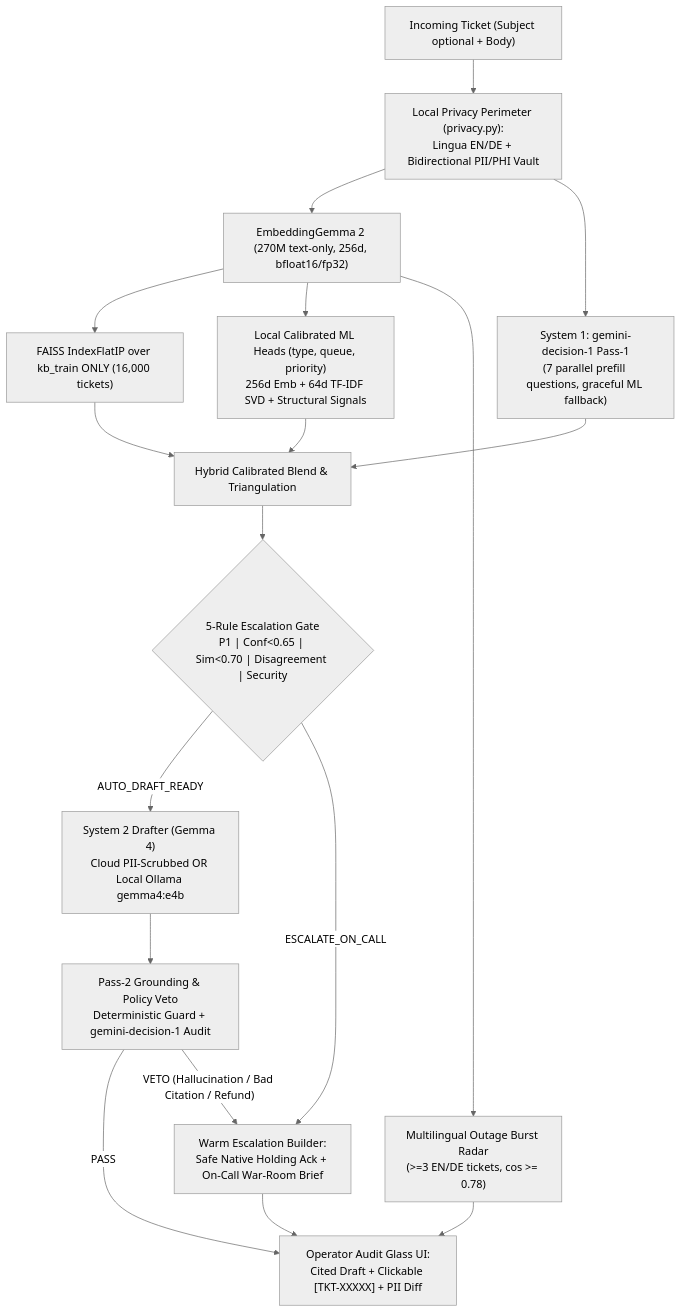
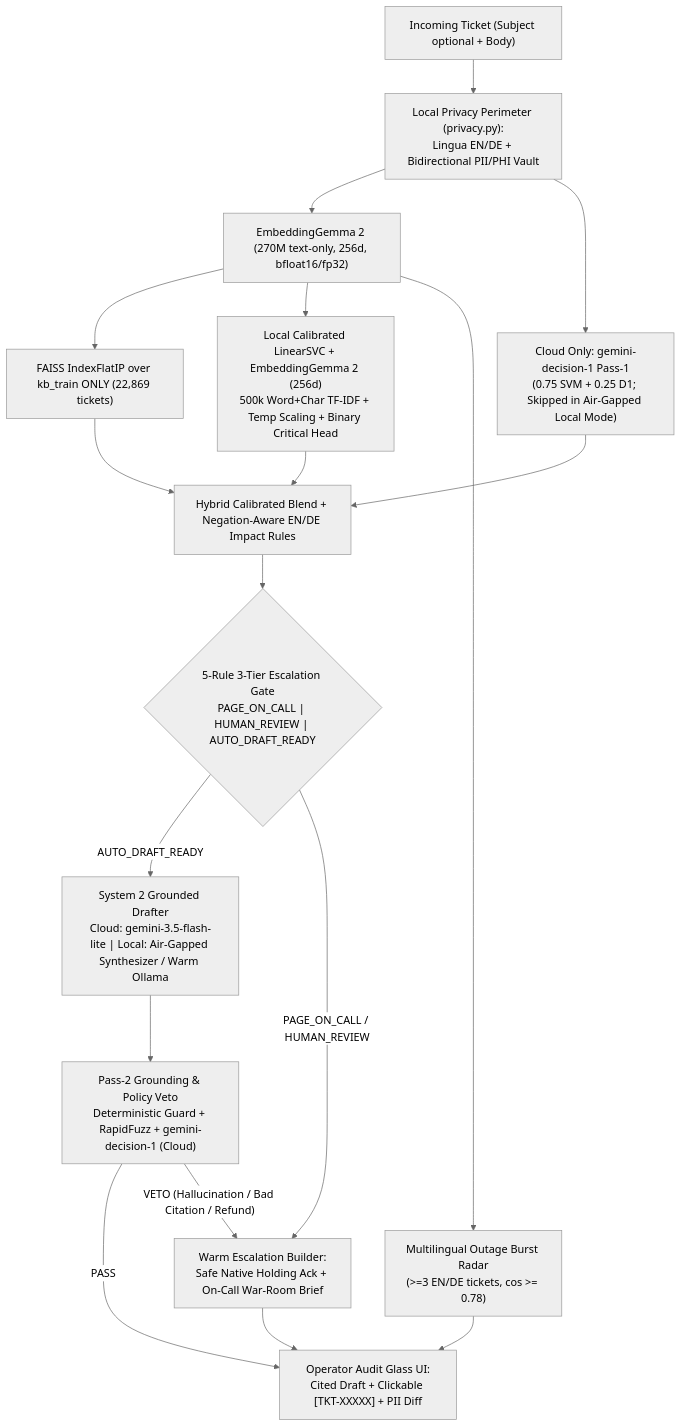
The diagram in docs/02_KANO_AND_PRD.md (Fredess74/sentineldesk-helios-ops), drawn with Mermaid (neutral theme) before and after one commit. The commit also changed other lines of this file and 30 other files, not shown here.

Commit message:
v3: Simplify & boost triage (Calibrated LinearSVC + EmbeddingGemma 2), strict Air-Gapped vs Cloud isolation, 3-tier routing & business story

````diff
--- a/docs/02_KANO_AND_PRD.md
+++ b/docs/02_KANO_AND_PRD.md
@@ -32,20 +32,20 @@
 ```mermaid
 flowchart TD
     A["Incoming Ticket (Subject optional + Body)"] --> B["Local Privacy Perimeter (privacy.py):<br/>Lingua EN/DE + Bidirectional PII/PHI Vault"]
     B --> C["EmbeddingGemma 2 (270M text-only, 256d, bfloat16/fp32)"]
-    C --> D["FAISS IndexFlatIP over kb_train ONLY (16,000 tickets)"]
-    C --> E["Local Calibrated ML Heads (type, queue, priority)<br/>256d Emb + 64d TF-IDF SVD + Structural Signals"]
-    B --> F["System 1: gemini-decision-1 Pass-1<br/>(7 parallel prefill questions, graceful ML fallback)"]
+    C --> D["FAISS IndexFlatIP over kb_train ONLY (22,869 tickets)"]
+    C --> E["Local Calibrated LinearSVC + EmbeddingGemma 2 (256d)<br/>500k Word+Char TF-IDF + Temp Scaling + Binary Critical Head"]
+    B --> F["Cloud Only: gemini-decision-1 Pass-1<br/>(0.75 SVM + 0.25 D1; Skipped in Air-Gapped Local Mode)"]
     C --> G["Multilingual Outage Burst Radar<br/>(>=3 EN/DE tickets, cos >= 0.78)"]
-    E --> H["Hybrid Calibrated Blend & Triangulation"]
+    E --> H["Hybrid Calibrated Blend + Negation-Aware EN/DE Impact Rules"]
     F --> H
     D --> H
-    H --> I{"5-Rule Escalation Gate<br/>P1 | Conf<0.65 | Sim<0.70 | Disagreement | Security"}
-    I -- "AUTO_DRAFT_READY" --> J["System 2 Drafter (Gemma 4)<br/>Cloud PII-Scrubbed OR Local Ollama gemma4:e4b"]
-    I -- "ESCALATE_ON_CALL" --> K["Warm Escalation Builder:<br/>Safe Native Holding Ack + On-Call War-Room Brief"]
-    J --> L["Pass-2 Grounding & Policy Veto<br/>Deterministic Guard + gemini-decision-1 Audit"]
+    H --> I{"5-Rule 3-Tier Escalation Gate<br/>PAGE_ON_CALL | HUMAN_REVIEW | AUTO_DRAFT_READY"}
+    I -- "AUTO_DRAFT_READY" --> J["System 2 Grounded Drafter<br/>Cloud: gemini-3.5-flash-lite | Local: Air-Gapped Synthesizer / Warm Ollama"]
+    I -- "PAGE_ON_CALL / HUMAN_REVIEW" --> K["Warm Escalation Builder:<br/>Safe Native Holding Ack + On-Call War-Room Brief"]
+    J --> L["Pass-2 Grounding & Policy Veto<br/>Deterministic Guard + RapidFuzz + gemini-decision-1 (Cloud)"]
     L -- "PASS" --> M["Operator Audit Glass UI:<br/>Cited Draft + Clickable [TKT-XXXXX] + PII Diff"]
     L -- "VETO (Hallucination / Bad Citation / Refund)" --> K
     K --> M
     G --> M
 ```
````
